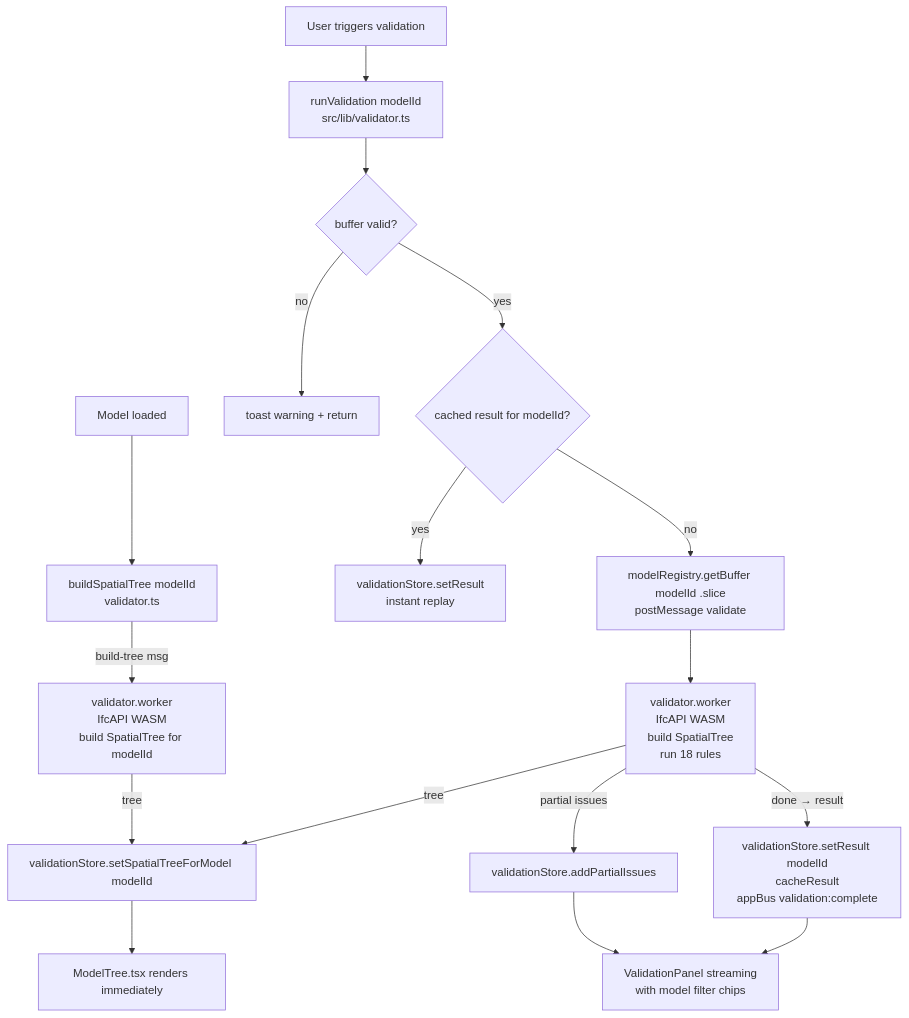
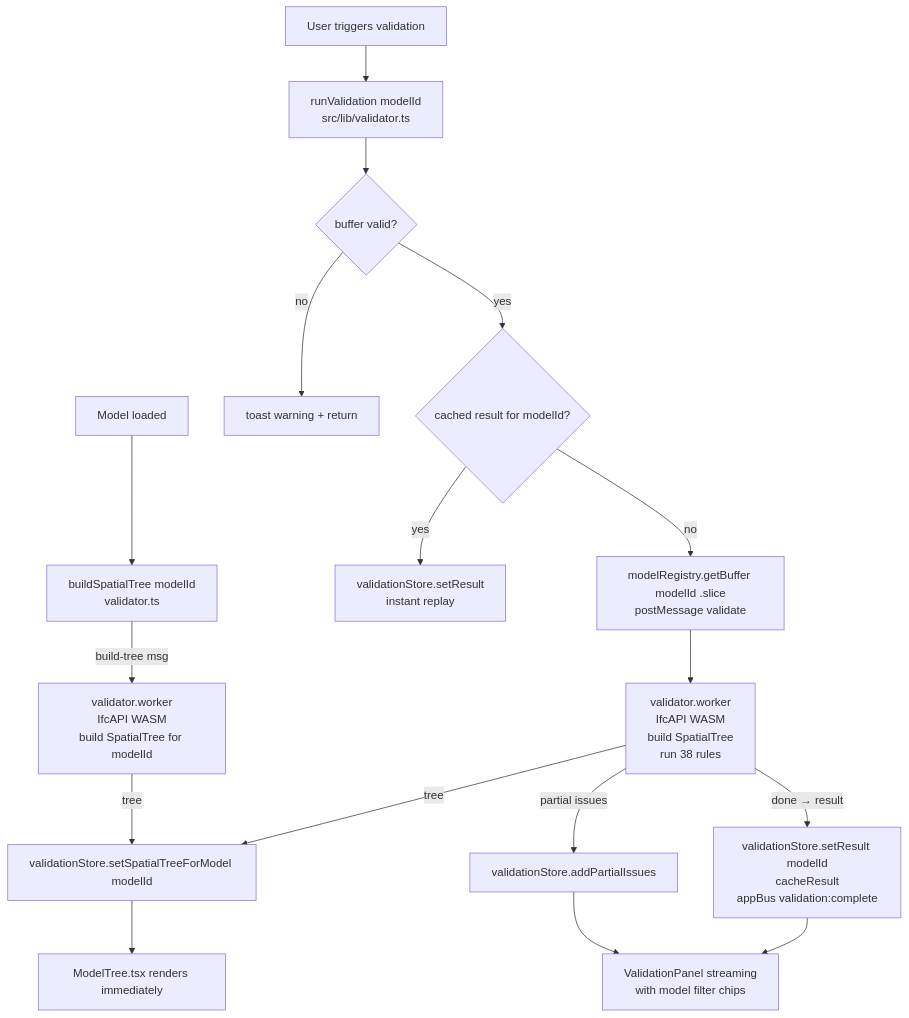
The second of 3 diagrams in ARCHITECTURE.md (j03rul4nd/ifc-viewer-online), drawn with Mermaid before and after one commit. The commit also changed other lines of this file and 94 other files, not shown here.

````diff
--- a/ARCHITECTURE.md
+++ b/ARCHITECTURE.md
@@ -147,22 +147,22 @@
 ```mermaid
 flowchart TD
     A0[Model loaded] --> A1[buildSpatialTree modelId\nvalidator.ts]
     A1 -- build-tree msg --> W[validator.worker\nIfcAPI WASM\nbuild SpatialTree for modelId]
     W -- tree --> I[validationStore.setSpatialTreeForModel modelId]
     I --> L[ModelTree.tsx renders immediately]
 
     A[User triggers validation] --> B[runValidation modelId\nsrc/lib/validator.ts]
     B --> C{buffer valid?}
     C -- no --> D[toast warning + return]
     C -- yes --> E{cached result for modelId?}
     E -- yes --> F[validationStore.setResult\ninstant replay]
     E -- no --> G[modelRegistry.getBuffer modelId .slice\npostMessage validate]
 
-    G --> H[validator.worker\nIfcAPI WASM\nbuild SpatialTree\nrun 18 rules]
+    G --> H[validator.worker\nIfcAPI WASM\nbuild SpatialTree\nrun 38 rules]
     H -- tree --> I
     H -- partial issues --> J[validationStore.addPartialIssues]
     H -- done → result --> K[validationStore.setResult modelId\ncacheResult\nappBus validation:complete]
 
     J --> M[ValidationPanel streaming\nwith model filter chips]
     K --> M
 ```
````
